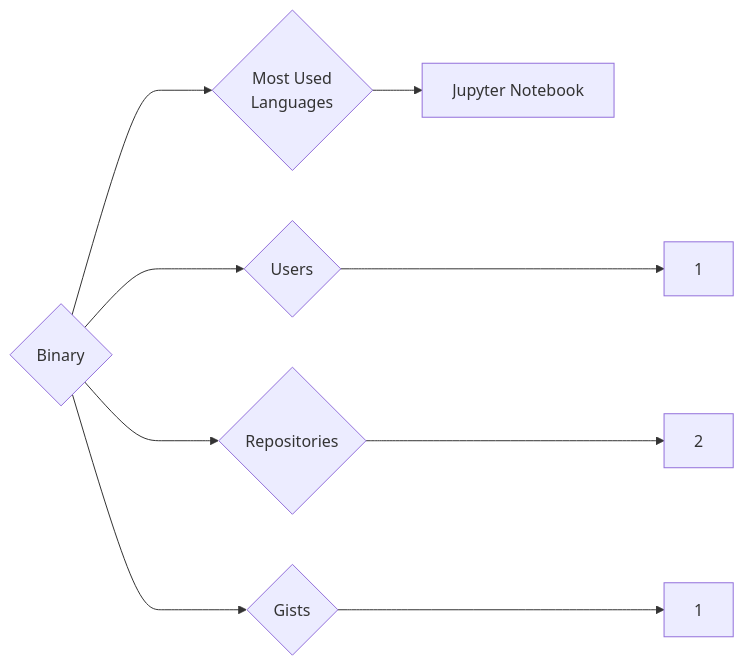
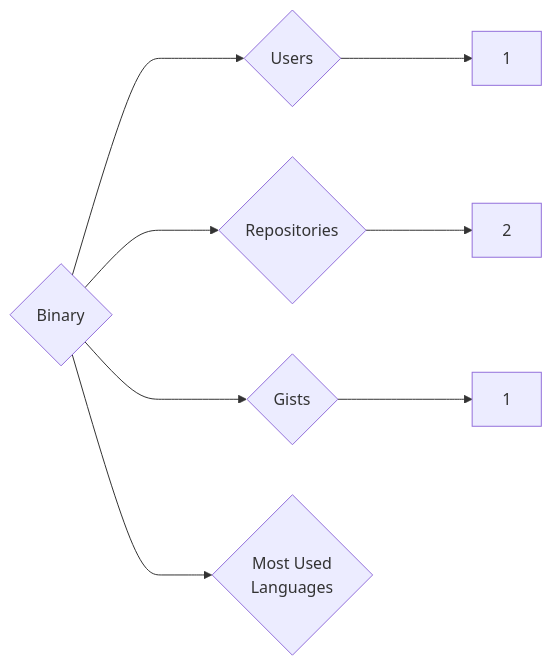
Before and after one commit to trickest/insiders: the diagram in targets/Binary/README.md, drawn with Mermaid. The commit also changed 639 other files, not shown here.

````diff
--- a/targets/Binary/README.md
+++ b/targets/Binary/README.md
@@ -3,9 +3,8 @@
 ```mermaid
 graph LR
 COMPANY_NAME{Binary}
 COMPANY_NAME ---> U{Users} ---> UN[1]
 COMPANY_NAME ---> R{Repositories} ---> RN[2]
 COMPANY_NAME ---> G{Gists} ---> GN[1]
 COMPANY_NAME ---> ML{Most Used<br>Languages}
-ML --> Jupyter_Notebook[Jupyter Notebook]
 ```
````
